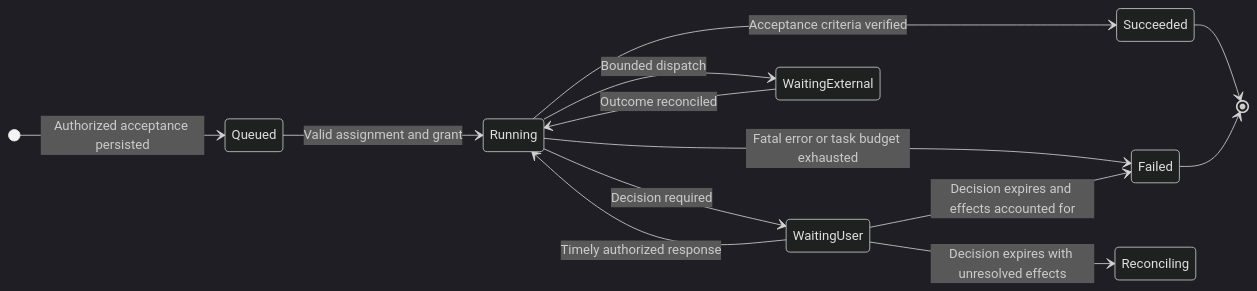
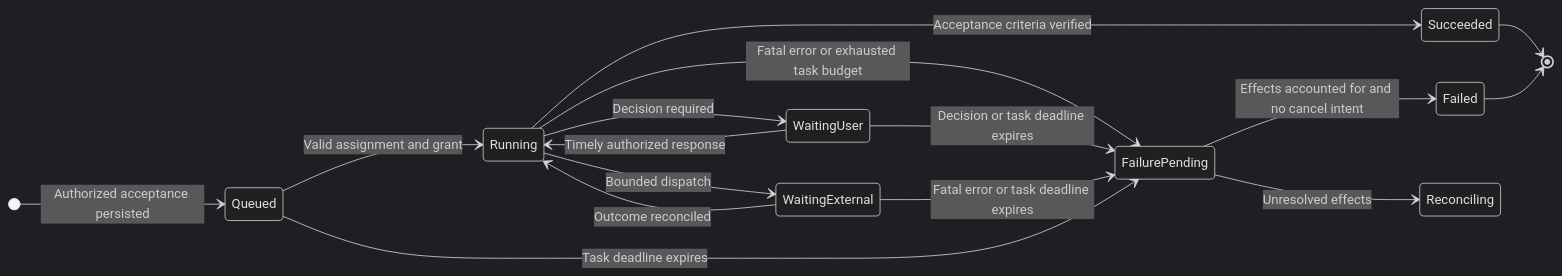
The first of 11 diagrams in docs/designs/core-harness-brief.md (pidster/asura), drawn with Mermaid (dark theme) before and after one commit. The commit also changed other lines of this file and 10 other files, not shown here.

Commit message:
Define storage modes and resolve architecture review findings

````diff
--- a/docs/designs/core-harness-brief.md
+++ b/docs/designs/core-harness-brief.md
@@ -33,16 +38,19 @@
 ```mermaid
 stateDiagram-v2
     direction LR
     [*] --> Queued: Authorized acceptance persisted
     Queued --> Running: Valid assignment and grant
     Running --> WaitingUser: Decision required
     WaitingUser --> Running: Timely authorized response
     Running --> WaitingExternal: Bounded dispatch
     WaitingExternal --> Running: Outcome reconciled
     Running --> Succeeded: Acceptance criteria verified
-    Running --> Failed: Fatal error or task budget exhausted
-    WaitingUser --> Failed: Decision expires and effects accounted for
-    WaitingUser --> Reconciling: Decision expires with unresolved effects
+    Running --> FailurePending: Fatal error or exhausted task budget
+    WaitingUser --> FailurePending: Decision or task deadline expires
+    WaitingExternal --> FailurePending: Fatal error or task deadline expires
+    Queued --> FailurePending: Task deadline expires
+    FailurePending --> Failed: Effects accounted for and no cancel intent
+    FailurePending --> Reconciling: Unresolved effects
     Succeeded --> [*]
     Failed --> [*]
 ```
````
